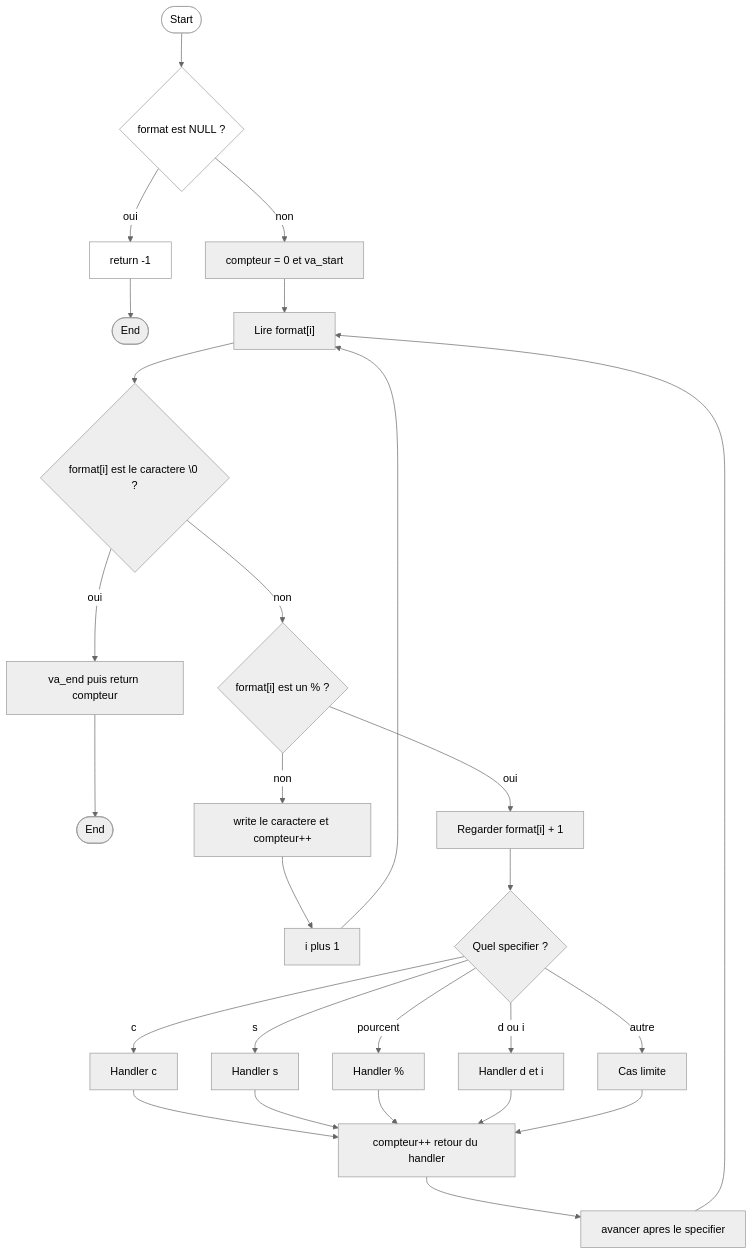
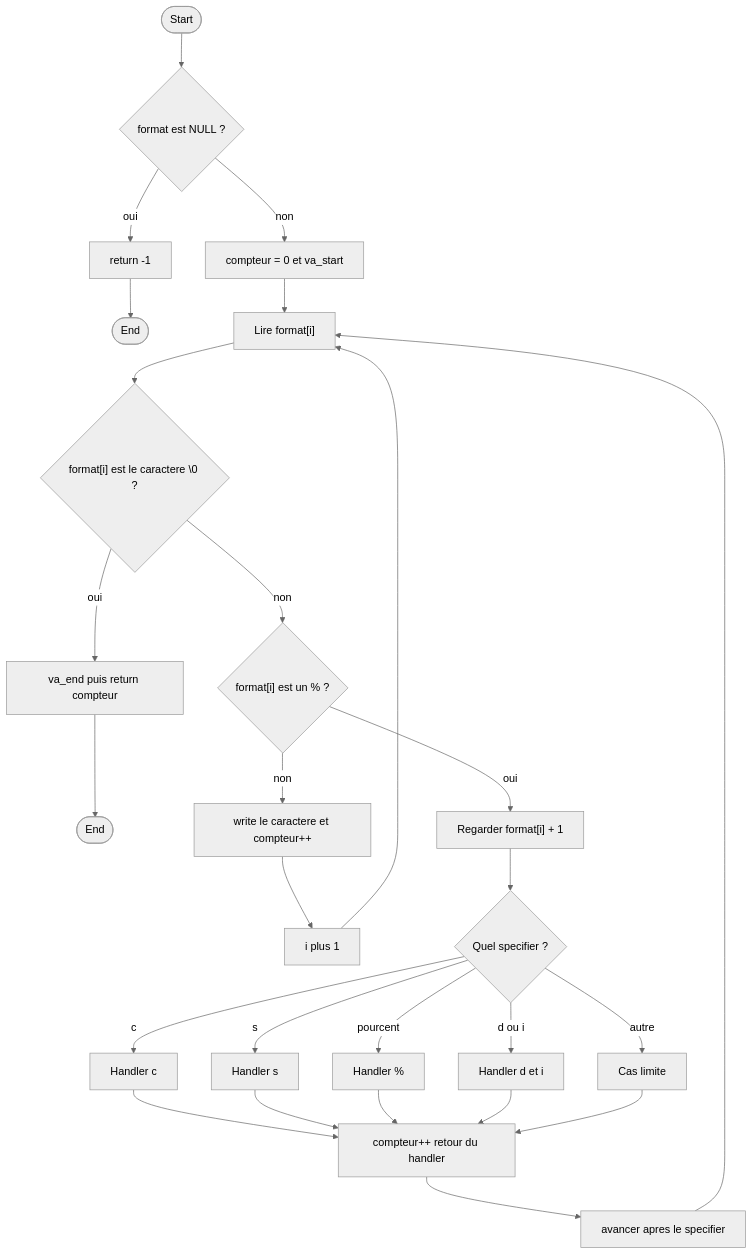
The diagram in README.md (Adamzou-lab/holbertonschool-printf), drawn with Mermaid before and after one commit.

````diff
--- a/README.md
+++ b/README.md
@@ -63,37 +63,37 @@
 ```mermaid
 ---
 config:
   theme: neutral
 ---
 flowchart TB
     Start(["Start"]) --> CheckNull{"format est NULL ?"}
     CheckNull -- oui --> ReturnError["return -1"]
     ReturnError --> End1(["End"])
     CheckNull -- non --> Init["compteur = 0 et va_start"]
     Init --> ReadChar["Lire format[i]"]
     ReadChar --> IsNull{"format[i] est le caractere \0 ?"}
     IsNull -- oui --> Cleanup["va_end puis return compteur"]
     Cleanup --> End2(["End"])
     IsNull -- non --> IsPercent{"format[i] est un % ?"}
     IsPercent -- non --> WriteChar["write le caractere et compteur++"]
     WriteChar --> Advance1["i plus 1"]
     Advance1 --> ReadChar
     IsPercent -- oui --> LookNext["Regarder format[i] + 1"]
     LookNext --> CheckSpec{"Quel specifier ?"}
     CheckSpec -- c --> HandlerC["Handler c"]
     CheckSpec -- s --> HandlerS["Handler s"]
     CheckSpec -- pourcent --> HandlerPct["Handler %"]
     CheckSpec -- d ou i --> HandlerD["Handler d et i"]
     CheckSpec -- autre --> HandlerEdge["Cas limite"]
     HandlerC --> AddCount["compteur++ retour du handler"]
     HandlerS --> AddCount
     HandlerPct --> AddCount
     HandlerD --> AddCount
     HandlerEdge --> AddCount
     AddCount --> Advance2["avancer apres le specifier"]
     Advance2 --> ReadChar
 
-    style Start fill:transparent
-    style CheckNull fill:transparent
-    style ReturnError fill:transparent
+    style Start fill:#eee
+    style CheckNull fill:#eee
+    style ReturnError fill:#eee
 ```
````
